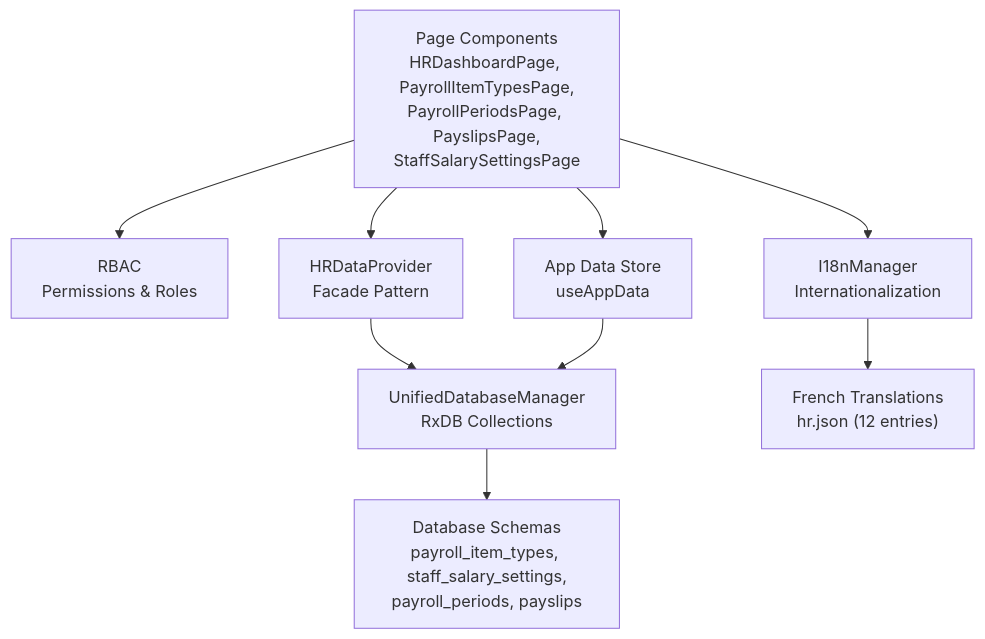
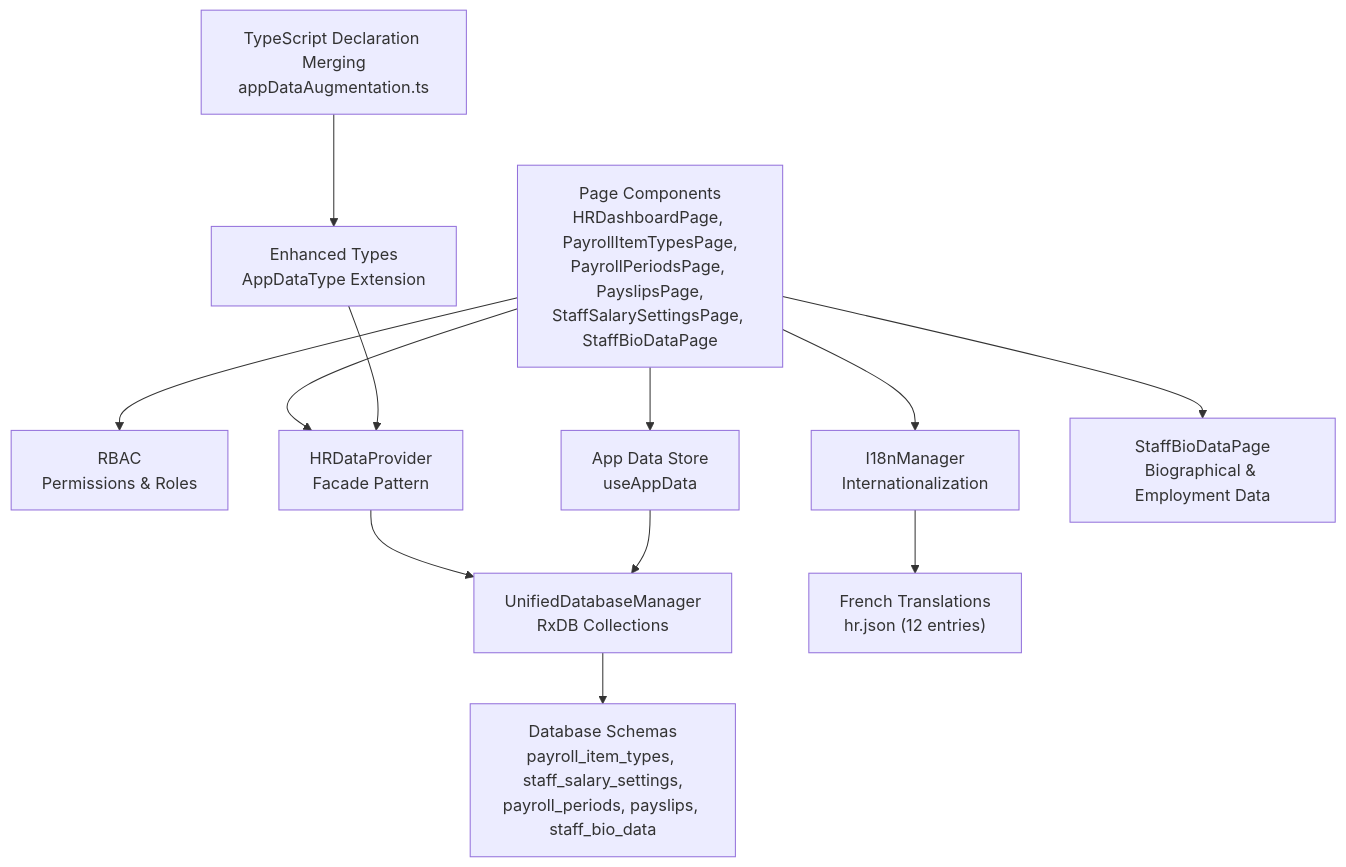
One commit to geniusdynamics/schoolpilot changed the second of 15 diagrams in .qoder/repowiki/en/content/Modules System/HR Module.md. Above: the diagram before and after it, drawn with Mermaid. The commit also changed other lines of this file and 54 other files, not shown here.

First line of the commit message:
Comprehensive update: RBAC enhancements, data migration cleanup, UI components, and documentation refresh

````diff
--- a/.qoder/repowiki/en/content/Modules System/HR Module.md
+++ b/.qoder/repowiki/en/content/Modules System/HR Module.md
@@ -126,19 +152,25 @@
 ```mermaid
 graph TB
-UI["Page Components<br/>HRDashboardPage, PayrollItemTypesPage,<br/>PayrollPeriodsPage, PayslipsPage,<br/>StaffSalarySettingsPage"]
+UI["Page Components<br/>HRDashboardPage, PayrollItemTypesPage,<br/>PayrollPeriodsPage, PayslipsPage,<br/>StaffSalarySettingsPage, StaffBioDataPage"]
 RBAC["RBAC<br/>Permissions & Roles"]
 FACADE["HRDataProvider<br/>Facade Pattern"]
 DB["UnifiedDatabaseManager<br/>RxDB Collections"]
-SCHEMA["Database Schemas<br/>payroll_item_types, staff_salary_settings,<br/>payroll_periods, payslips"]
+SCHEMA["Database Schemas<br/>payroll_item_types, staff_salary_settings,<br/>payroll_periods, payslips, staff_bio_data"]
 STORE["App Data Store<br/>useAppData"]
 I18N["I18nManager<br/>Internationalization"]
 FRENCH["French Translations<br/>hr.json (12 entries)"]
+STAFFBIO["StaffBioDataPage<br/>Biographical & Employment Data"]
+AUG["TypeScript Declaration Merging<br/>appDataAugmentation.ts"]
+TYPES["Enhanced Types<br/>AppDataType Extension"]
 UI --> RBAC
 UI --> FACADE
 UI --> I18N
+UI --> STAFFBIO
 I18N --> FRENCH
 FACADE --> DB
 DB --> SCHEMA
 UI --> STORE
 STORE --> DB
+AUG --> TYPES
+TYPES --> FACADE
 ```
````
